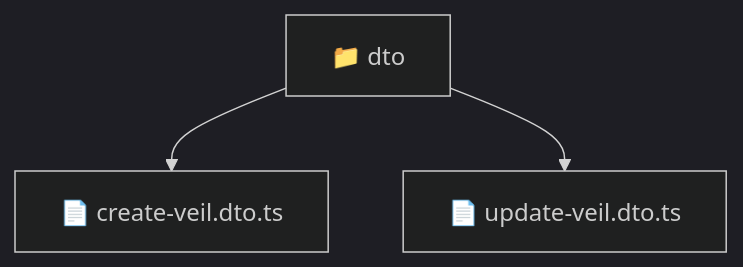
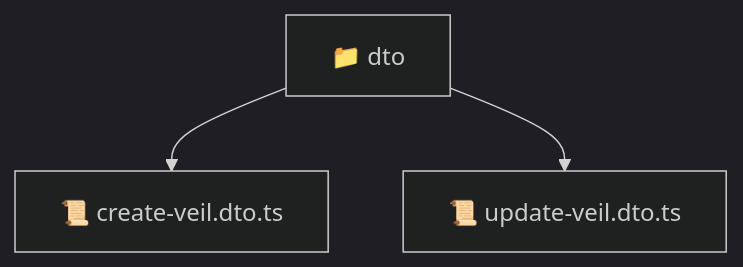
The diagram in backend/src/modules/veil/presentation/dto/README.md (beginwebdev2002/fullstack-mavluda), drawn with Mermaid (dark theme) before and after one commit. The commit also changed other lines of this file and 163 other files, not shown here.

````diff
--- a/backend/src/modules/veil/presentation/dto/README.md
+++ b/backend/src/modules/veil/presentation/dto/README.md
@@ -9,6 +9,6 @@
 ```mermaid
 graph TD
-  Root["📁 dto"]
-  Root --> create_veil_dto_ts["📄 create-veil.dto.ts"]
-  Root --> update_veil_dto_ts["📄 update-veil.dto.ts"]
+  dto["📁 dto"]
+  dto --> create_veil_dto_ts["📜 create-veil.dto.ts"]
+  dto --> update_veil_dto_ts["📜 update-veil.dto.ts"]
 ```
````
